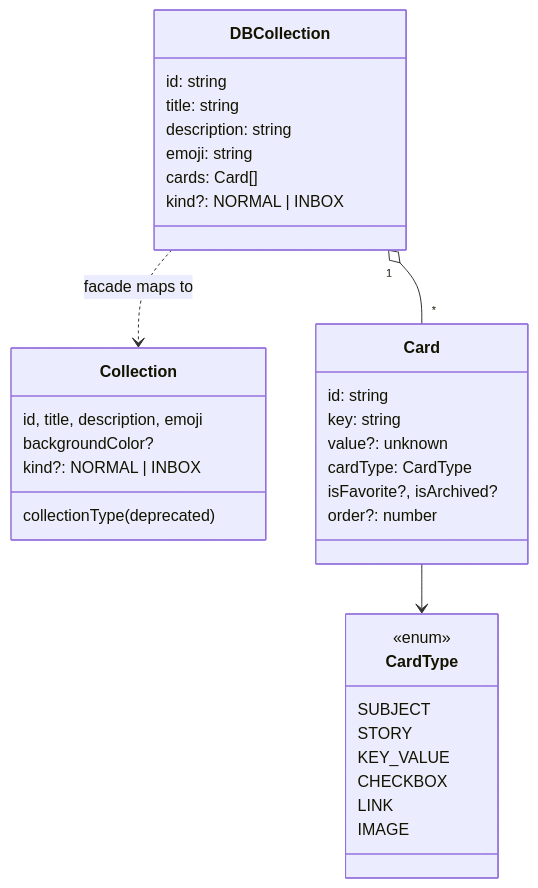
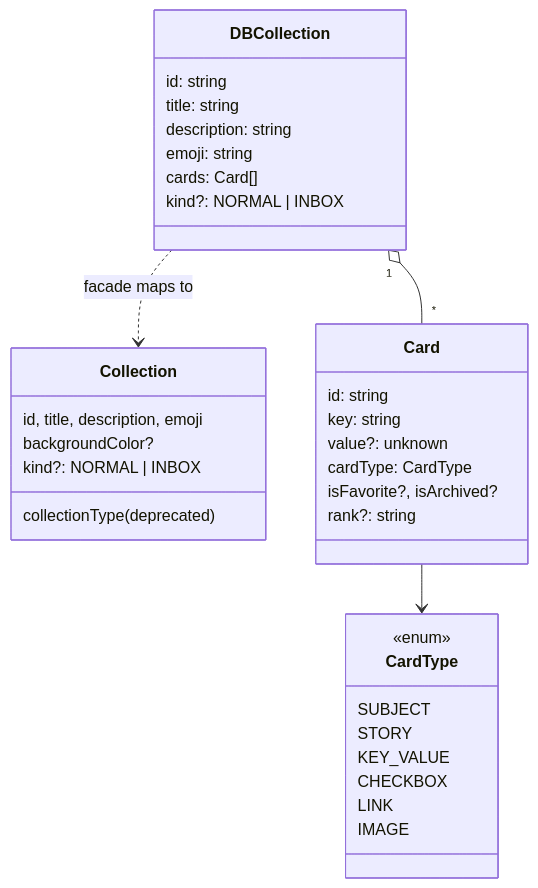
Before and after one commit to Assaviv/CollectionsProject: the second of 5 diagrams in SaveApp-UI/README.md, drawn with Mermaid. The commit also changed other lines of this file and 38 other files, not shown here.

````diff
--- a/SaveApp-UI/README.md
+++ b/SaveApp-UI/README.md
@@ -40,37 +40,37 @@
 ```mermaid
 classDiagram
     class DBCollection {
         id: string
         title: string
         description: string
         emoji: string
         cards: Card[]
         kind?: NORMAL | INBOX
     }
     class Collection {
         id, title, description, emoji
         backgroundColor?
         kind?: NORMAL | INBOX
         collectionType (deprecated)
     }
     class Card {
         id: string
         key: string
         value?: unknown
         cardType: CardType
         isFavorite?, isArchived?
-        order?: number
+        rank?: string
     }
     class CardType {
         <<enum>>
         SUBJECT
         STORY
         KEY_VALUE
         CHECKBOX
         LINK
         IMAGE
     }
     DBCollection "1" o-- "*" Card
     Card --> CardType
     DBCollection ..> Collection : facade maps to
 ```
````
